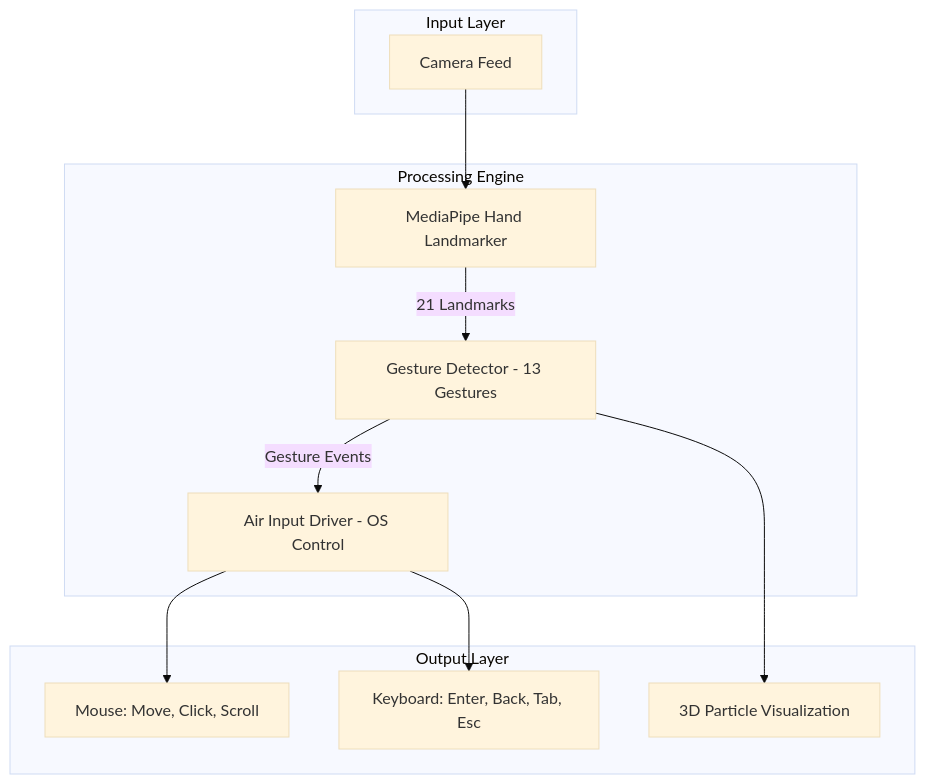
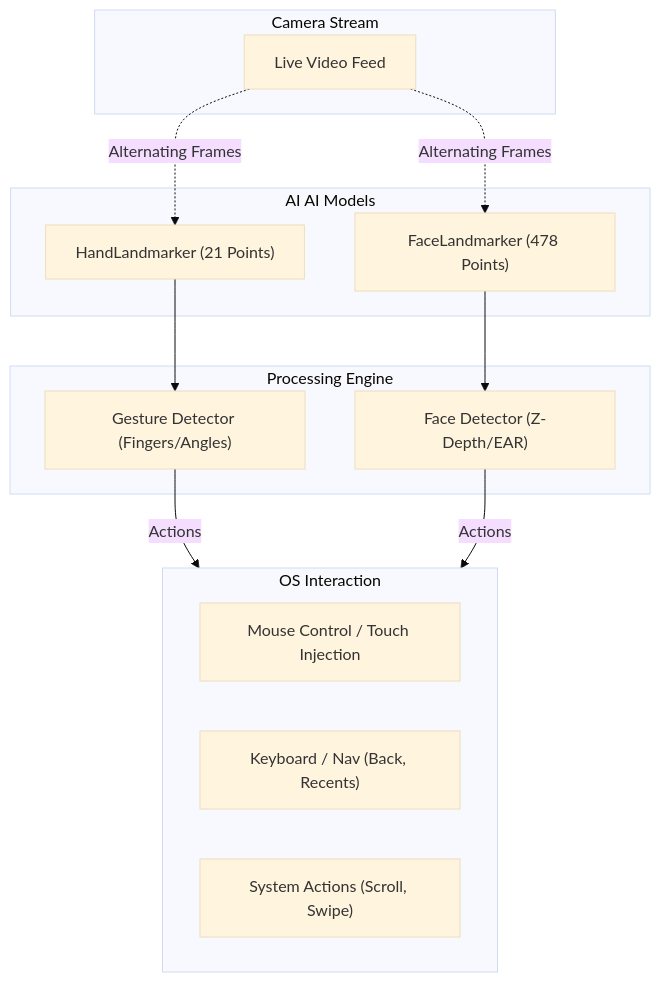
The first of 6 diagrams in README.md (RajTewari01/Spatial_tracer), drawn with Mermaid (base theme) before and after one commit. The commit also changed other lines of this file and 1 other file, not shown here.

Commit message:
docs: Updated Mermaid flows to render correctly on GitHub and added comprehensive mobile-client README

````diff
--- a/README.md
+++ b/README.md
@@ -35,25 +35,29 @@
 ```mermaid
-graph TB
-    subgraph Input["Input Layer"]
-        CAM["Camera Feed"]
+flowchart TB
+    subgraph Input["Camera Stream"]
+        CAM["Live Video Feed"]
     end
 
-    subgraph Engine["Processing Engine"]
-        MP["MediaPipe Hand Landmarker"]
-        GD["Gesture Detector - 13 Gestures"]
-        AID["Air Input Driver - OS Control"]
+    subgraph Models["AI AI Models"]
+        HM["HandLandmarker (21 Points)"]
+        FM["FaceLandmarker (478 Points)"]
     end
 
-    subgraph Output["Output Layer"]
-        MOUSE["Mouse: Move, Click, Scroll"]
-        KBD["Keyboard: Enter, Back, Tab, Esc"]
-        VIZ["3D Particle Visualization"]
+    subgraph Logic["Processing Engine"]
+        GD["Gesture Detector (Fingers/Angles)"]
+        FD["Face Detector (Z-Depth/EAR)"]
     end
 
-    CAM --> MP
-    MP -->|"21 Landmarks"| GD
-    GD -->|"Gesture Events"| AID
-    AID --> MOUSE
-    AID --> KBD
-    GD --> VIZ
+    subgraph Output["OS Interaction"]
+        MOUSE["Mouse Control / Touch Injection"]
+        KBD["Keyboard / Nav (Back, Recents)"]
+        SYS["System Actions (Scroll, Swipe)"]
+    end
+
+    CAM -.->|"Alternating Frames"| HM
+    CAM -.->|"Alternating Frames"| FM
+    HM --> GD
+    FM --> FD
+    GD -->|"Actions"| Output
+    FD -->|"Actions"| Output
 ```
````
